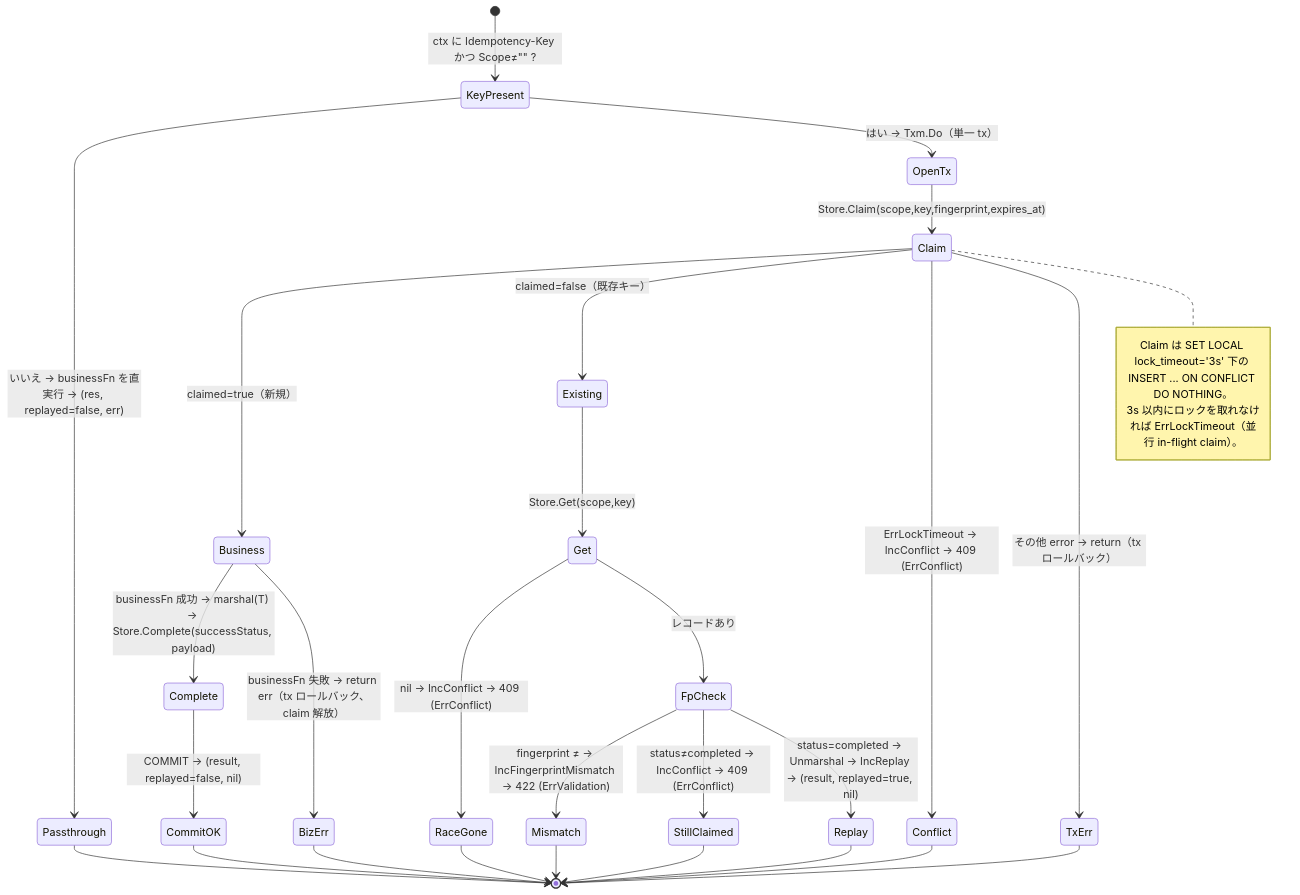
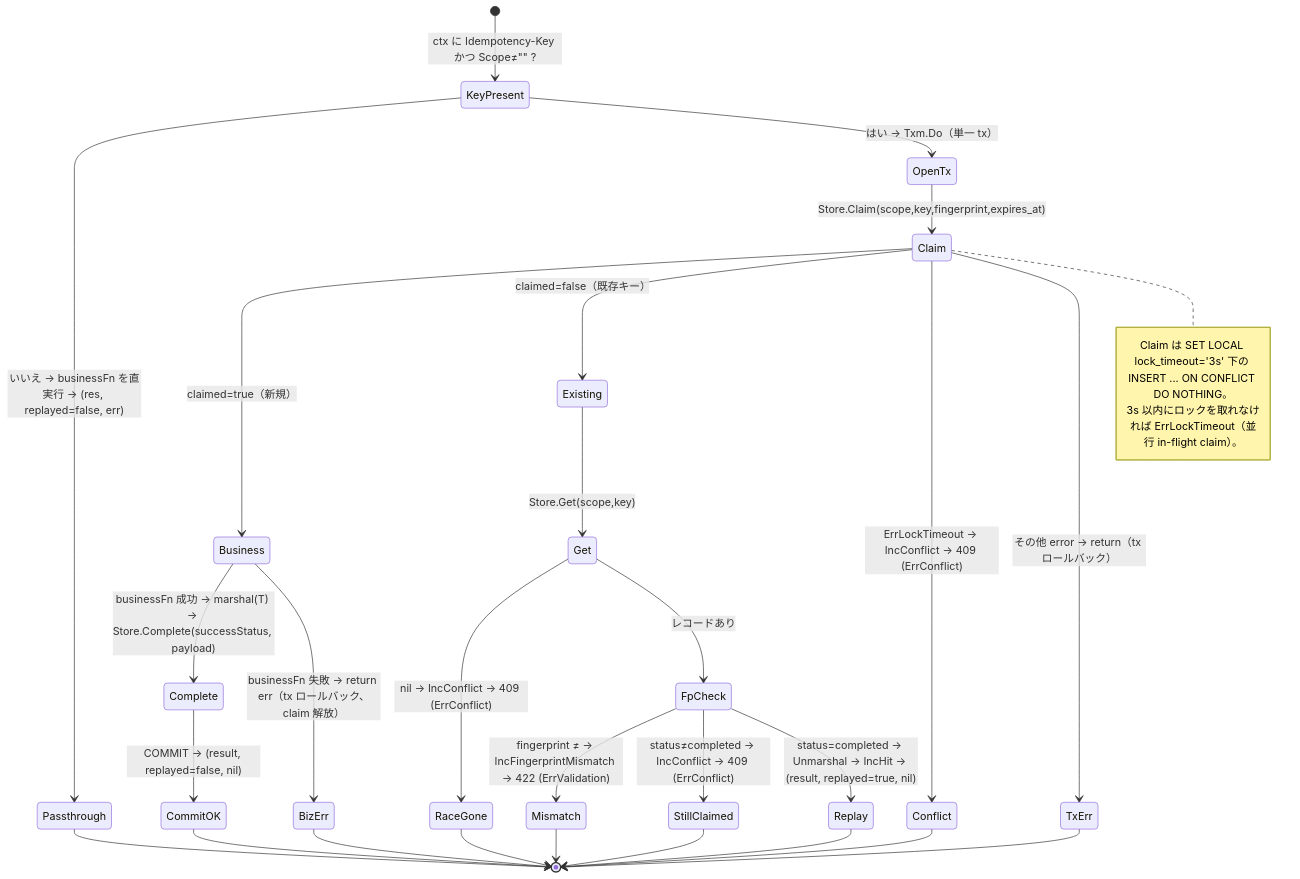
Before and after one commit to Tomy-ch/go-boilerplate: the second of 6 diagrams in docs/ja/design/idempotency.ja.md, drawn with Mermaid. The commit also changed other lines of this file and 21 other files, not shown here.

````diff
--- a/docs/ja/design/idempotency.ja.md
+++ b/docs/ja/design/idempotency.ja.md
@@ -58,38 +58,38 @@
 ```mermaid
 stateDiagram-v2
     [*] --> KeyPresent: ctx に Idempotency-Key かつ Scope≠"" ?
     KeyPresent --> Passthrough: いいえ → businessFn を直実行 → (res, replayed=false, err)
     KeyPresent --> OpenTx: はい → Txm.Do（単一 tx）
     Passthrough --> [*]
 
     OpenTx --> Claim: Store.Claim(scope,key,fingerprint,expires_at)
     Claim --> Business: claimed=true（新規）
     Claim --> Existing: claimed=false（既存キー）
     Claim --> Conflict: ErrLockTimeout → IncConflict → 409 (ErrConflict)
     Claim --> TxErr: その他 error → return（tx ロールバック）
 
     Business --> Complete: businessFn 成功 → marshal(T) → Store.Complete(successStatus, payload)
     Business --> BizErr: businessFn 失敗 → return err（tx ロールバック、claim 解放）
     Complete --> CommitOK: COMMIT → (result, replayed=false, nil)
 
     Existing --> Get: Store.Get(scope,key)
     Get --> RaceGone: nil → IncConflict → 409 (ErrConflict)
     Get --> FpCheck: レコードあり
     FpCheck --> Mismatch: fingerprint ≠ → IncFingerprintMismatch → 422 (ErrValidation)
     FpCheck --> StillClaimed: status≠completed → IncConflict → 409 (ErrConflict)
-    FpCheck --> Replay: status=completed → Unmarshal → IncReplay → (result, replayed=true, nil)
+    FpCheck --> Replay: status=completed → Unmarshal → IncHit → (result, replayed=true, nil)
 
     CommitOK --> [*]
     Conflict --> [*]
     TxErr --> [*]
     BizErr --> [*]
     RaceGone --> [*]
     Mismatch --> [*]
     StillClaimed --> [*]
     Replay --> [*]
 
     note right of Claim
       Claim は SET LOCAL lock_timeout='3s' 下の INSERT ... ON CONFLICT DO NOTHING。
       3s 以内にロックを取れなければ ErrLockTimeout（並行 in-flight claim）。
     end note
 ```
````
